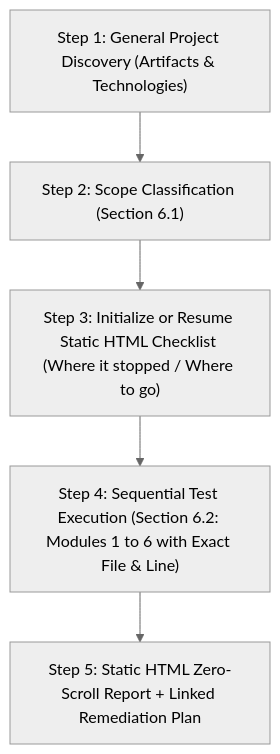
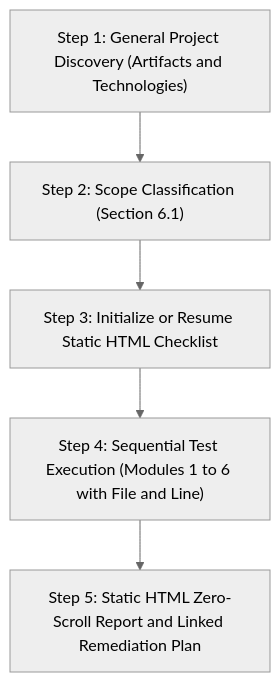
The second of 4 diagrams in .agents/skills/owasp-iot-auditor/SKILL.md (BrunoReiff/embed-sec-auditor), drawn with Mermaid (neutral theme) before and after one commit. The commit also changed other lines of this file and 4 other files, not shown here.

Commit message:
fix(docs): resolve GitHub Mermaid syntax error across README and SKILL.md

````diff
--- a/.agents/skills/owasp-iot-auditor/SKILL.md
+++ b/.agents/skills/owasp-iot-auditor/SKILL.md
@@ -67,7 +67,7 @@
 ```mermaid
 flowchart TD
-    A["Step 1: General Project Discovery (Artifacts & Technologies)"] --> B["Step 2: Scope Classification (Section 6.1)"]
-    B --> C["Step 3: Initialize or Resume Static HTML Checklist (Where it stopped / Where to go)"]
-    C --> D["Step 4: Sequential Test Execution (Section 6.2: Modules 1 to 6 with Exact File & Line)"]
-    D --> E["Step 5: Static HTML Zero-Scroll Report + Linked Remediation Plan"]
+    A["Step 1: General Project Discovery (Artifacts and Technologies)"] --> B["Step 2: Scope Classification (Section 6.1)"]
+    B --> C["Step 3: Initialize or Resume Static HTML Checklist"]
+    C --> D["Step 4: Sequential Test Execution (Modules 1 to 6 with File and Line)"]
+    D --> E["Step 5: Static HTML Zero-Scroll Report and Linked Remediation Plan"]
 ```
````
